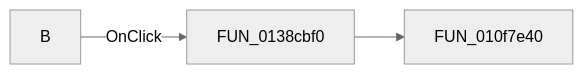
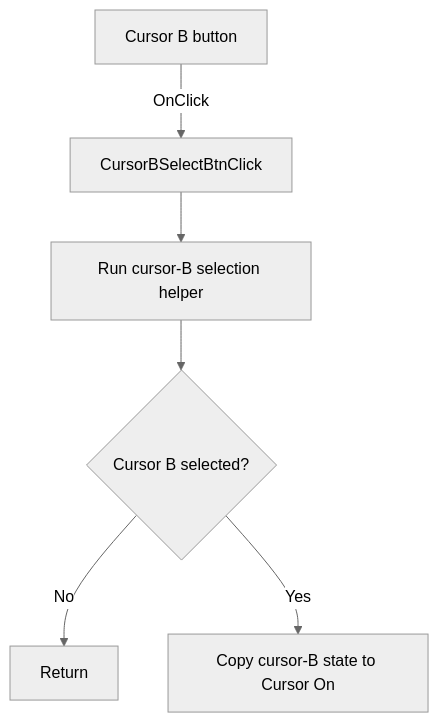
One commit to MovGP0/TIARA changed the diagram in docs/ui-controls/signalanalyzerwin/fcursorbselectbtn-9c4ffdfd10.md. Above: the diagram before and after it, drawn with Mermaid (neutral theme). The commit also changed other lines of this file and 1062 other files, not shown here.

````diff
--- a/docs/ui-controls/signalanalyzerwin/fcursorbselectbtn-9c4ffdfd10.md
+++ b/docs/ui-controls/signalanalyzerwin/fcursorbselectbtn-9c4ffdfd10.md
@@ -27,5 +29,8 @@
 ```mermaid
-flowchart LR
-    control["B"] -->|OnClick| handler["FUN_0138cbf0"]
-    handler --> call1["FUN_010f7e40"]
+flowchart TD
+    control["Cursor B button"] -->|OnClick| handler["CursorBSelectBtnClick"]
+    handler --> select["Run cursor-B selection helper"]
+    select --> down{"Cursor B selected?"}
+    down -->|No| noop["Return"]
+    down -->|Yes| sync["Copy cursor-B state to Cursor On"]
 ```
````
